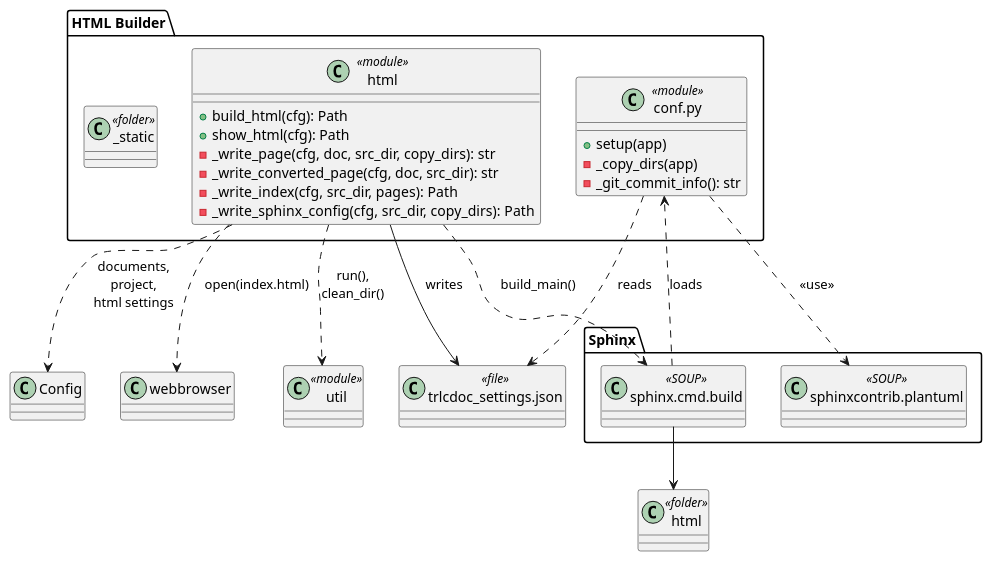
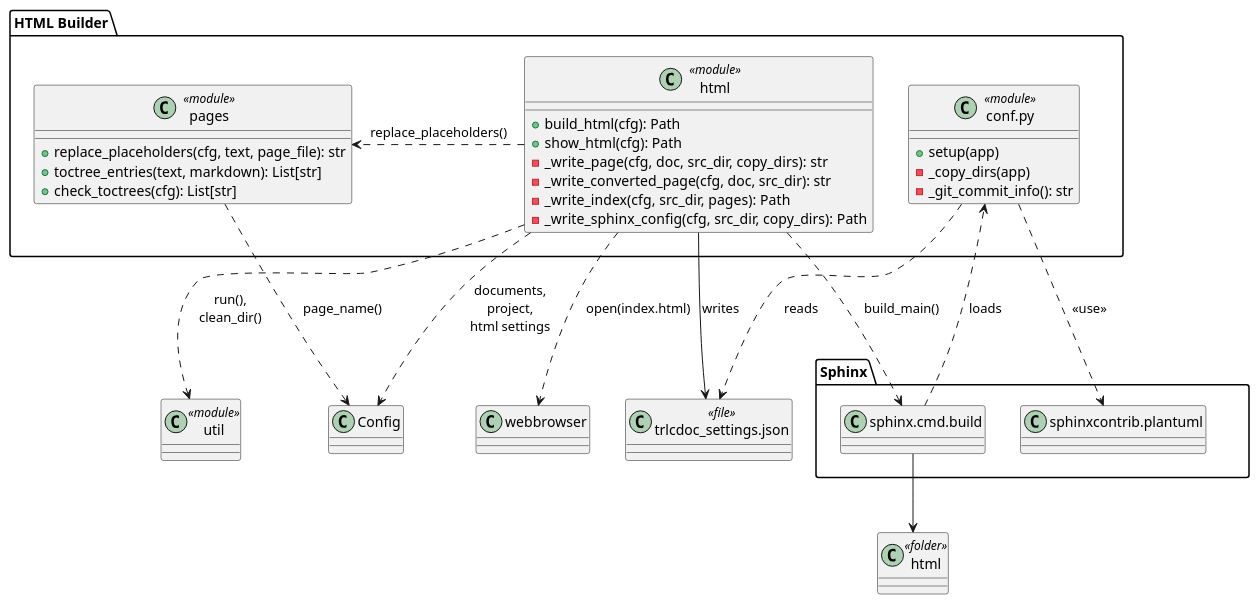
One commit to nhjschulz/trlc-doc changed the diagram in trlc/swe-arch/img/comp_html.puml. Above: the diagram before and after it, drawn with PlantUML. The commit also changed 11 other files, not shown here.

First line of the commit message:
feat(html): page placeholders and toctree check for html.index (#53)

```diff
--- a/trlc/swe-arch/img/comp_html.puml
+++ b/trlc/swe-arch/img/comp_html.puml
@@ -1,43 +1,52 @@
 @startuml comp_html
 
 package "HTML Builder" {
     class "html" as html <<module>> {
         + build_html(cfg): Path
         + show_html(cfg): Path
         - _write_page(cfg, doc, src_dir, copy_dirs): str
         - _write_converted_page(cfg, doc, src_dir): str
         - _write_index(cfg, src_dir, pages): Path
         - _write_sphinx_config(cfg, src_dir, copy_dirs): Path
     }
 
+    class "pages" as pages <<module>> {
+        + replace_placeholders(cfg, text, page_file): str
+        + toctree_entries(text, markdown): List[str]
+        + check_toctrees(cfg): List[str]
+    }
+
     class "conf.py" as conf <<module>> {
         + setup(app)
         - _copy_dirs(app)
         - _git_commit_info(): str
     }
 
-    class "_static" as static <<folder>>
 }
 
 package "Sphinx" {
-    class "sphinx.cmd.build" as build <<SOUP>>
-    class "sphinxcontrib.plantuml" as spuml <<SOUP>>
+    class "sphinx.cmd.build" as build
+    class "sphinxcontrib.plantuml" as spuml
 }
+
+"HTML Builder" .d[hidden].> "Sphinx" 
 
 class "Config" as cfg
 class "util" as util <<module>>
 
 class "trlcdoc_settings.json" as settings <<file>>
 class "html" as site <<folder>>
 class "webbrowser" as browser
 
-html ..> cfg : documents,\nproject,\nhtml settings
+html .> cfg : documents,\nproject,\nhtml settings
 html ..> util : run(),\nclean_dir()
+html .> pages : replace_placeholders()
+pages ..> cfg : page_name()
 html --> settings : writes
 html ..> build : build_main()
 build ..> conf : loads
 conf ..> settings : reads
-conf ..> spuml : <<use>>
-build --> site
+conf .r.> spuml : <<use>>
+build -d-> site
 html ..> browser : open(index.html)
 @enduml
```
